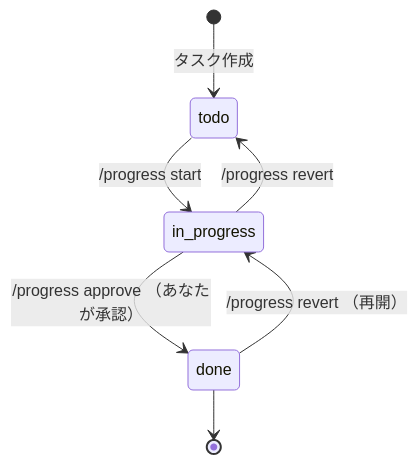
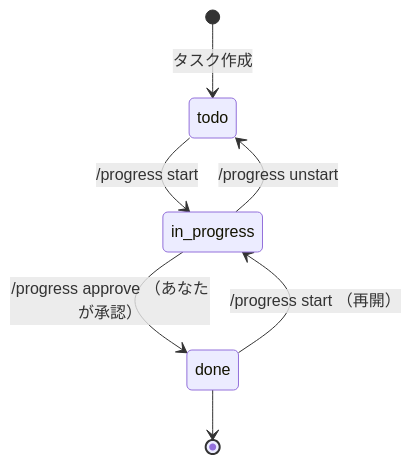
The fourth of 7 diagrams in plugins/taskflow/USER_GUIDE_ja.md (gigamori/ai-agent-toolkit), drawn with Mermaid before and after one commit. The commit also changed other lines of this file and 13 other files, not shown here.

First line of the commit message:
fix(taskflow): state-goal /progress router; drop revert vocabulary (revert-skill collision)

````diff
--- a/plugins/taskflow/USER_GUIDE_ja.md
+++ b/plugins/taskflow/USER_GUIDE_ja.md
@@ -124,9 +124,9 @@
 ```mermaid
 stateDiagram-v2
     [*] --> todo: タスク作成
     todo --> in_progress: /progress start
     in_progress --> done: /progress approve （あなたが承認）
-    in_progress --> todo: /progress revert
-    done --> in_progress: /progress revert （再開）
+    in_progress --> todo: /progress unstart
+    done --> in_progress: /progress start （再開）
     done --> [*]
 ```
````
